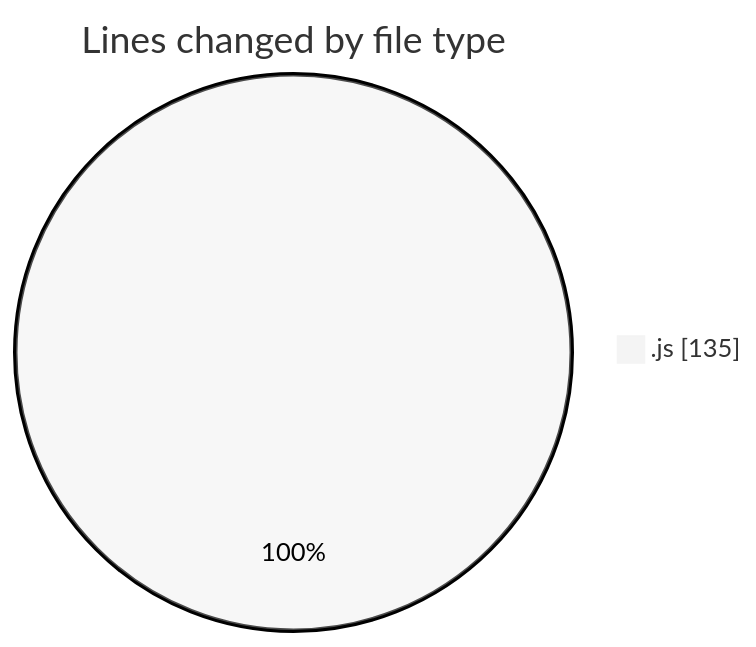
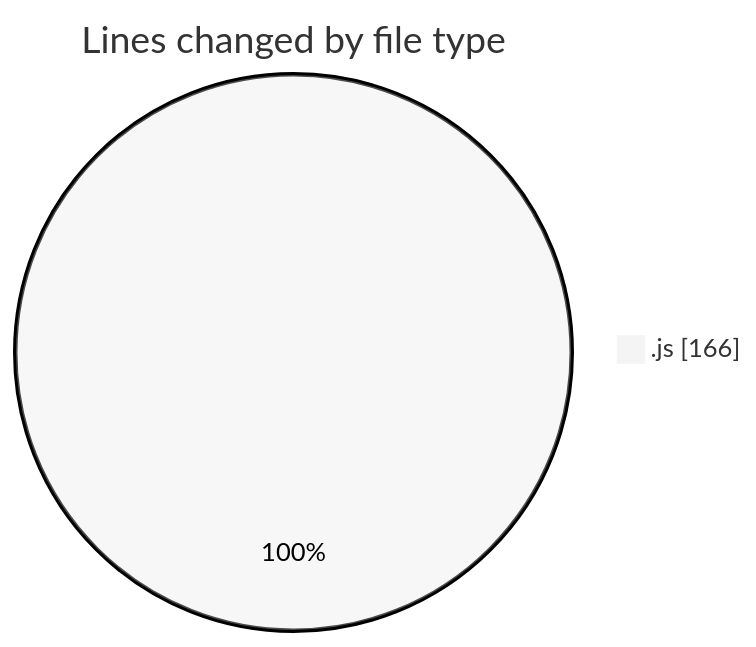
One commit to momahboobian/code-tracking changed the first of 2 diagrams in 2026-08-21/cda/README.md. Above: the diagram before and after it, drawn with Mermaid (neutral theme). The commit also changed other lines of this file and 1 other file, not shown here.

````diff
--- a/2026-08-21/cda/README.md
+++ b/2026-08-21/cda/README.md
@@ -23,5 +24,5 @@
 ```mermaid
 pie showData
 title Lines changed by file type
-".js" : 135
+".js" : 166
 ```
````
